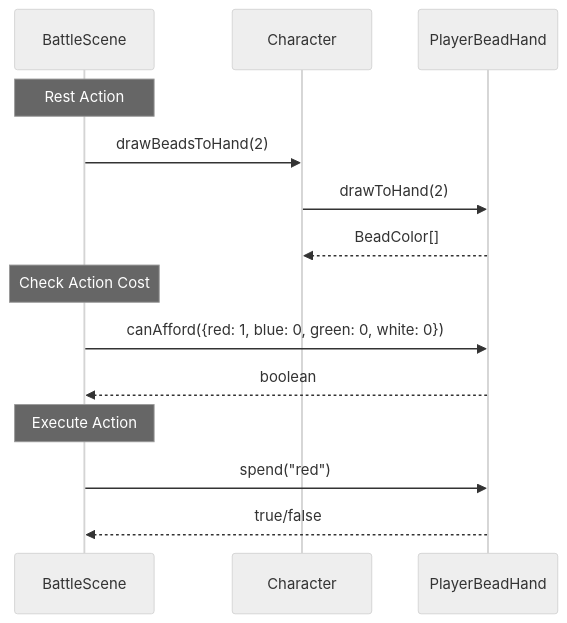
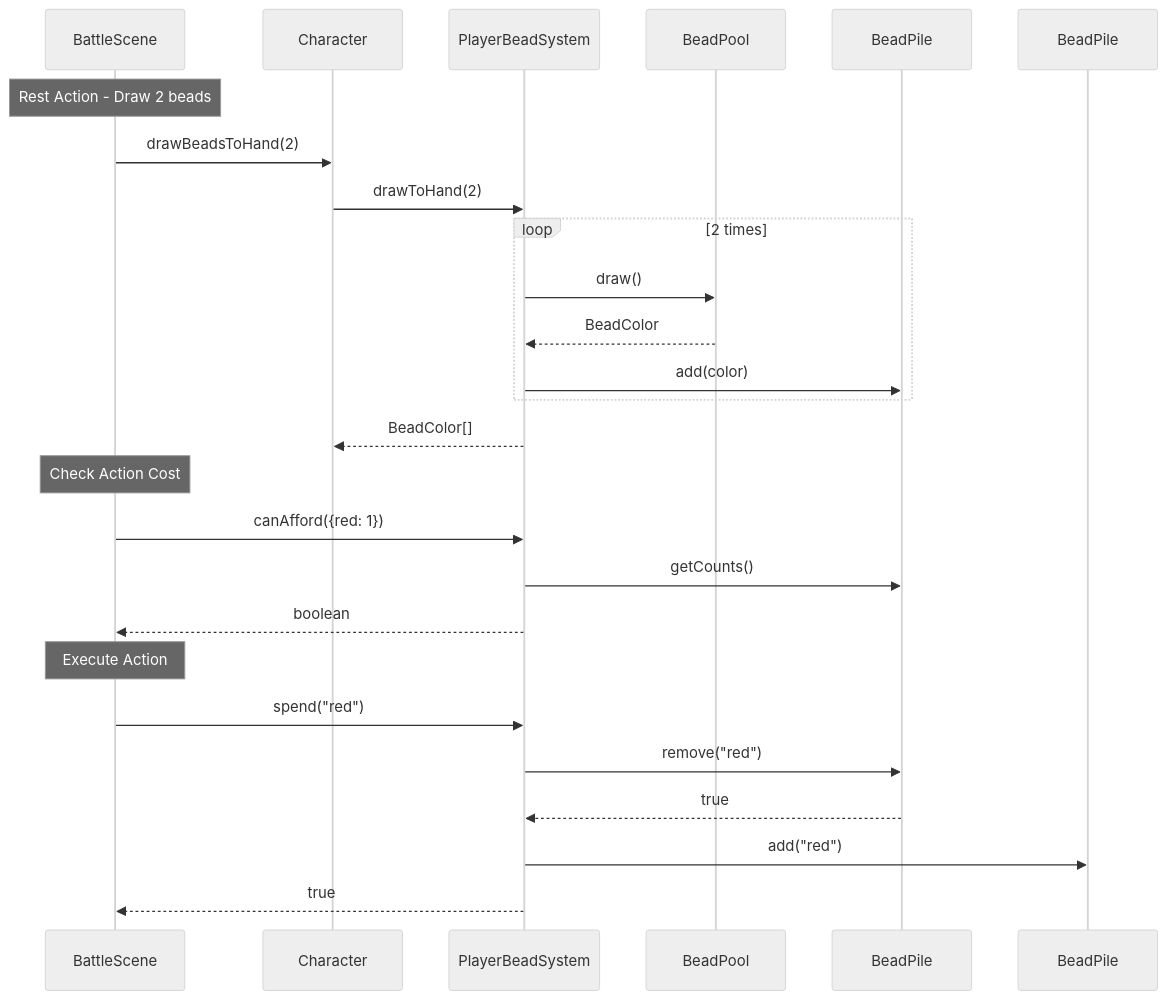
The third of 3 diagrams in docs/architecture/bead-system.md (Dpothier/tabletop-workshop), drawn with Mermaid (neutral theme) before and after one commit. The commit also changed other lines of this file and 1 other file, not shown here.

First line of the commit message:
docs: update bead system documentation for new architecture

````diff
--- a/docs/architecture/bead-system.md
+++ b/docs/architecture/bead-system.md
@@ -137,19 +163,31 @@
 ```mermaid
 sequenceDiagram
     participant Battle as BattleScene
     participant Char as Character
-    participant Hand as PlayerBeadHand
+    participant System as PlayerBeadSystem
+    participant Pool as BeadPool
+    participant Hand as BeadPile
+    participant Discard as BeadPile
 
-    Note over Battle: Rest Action
+    Note over Battle: Rest Action - Draw 2 beads
     Battle->>Char: drawBeadsToHand(2)
-    Char->>Hand: drawToHand(2)
-    Hand-->>Char: BeadColor[]
+    Char->>System: drawToHand(2)
+    loop 2 times
+        System->>Pool: draw()
+        Pool-->>System: BeadColor
+        System->>Hand: add(color)
+    end
+    System-->>Char: BeadColor[]
 
     Note over Battle: Check Action Cost
-    Battle->>Hand: canAfford({red: 1, blue: 0, green: 0, white: 0})
-    Hand-->>Battle: boolean
+    Battle->>System: canAfford({red: 1})
+    System->>Hand: getCounts()
+    System-->>Battle: boolean
 
     Note over Battle: Execute Action
-    Battle->>Hand: spend("red")
-    Hand-->>Battle: true/false
+    Battle->>System: spend("red")
+    System->>Hand: remove("red")
+    Hand-->>System: true
+    System->>Discard: add("red")
+    System-->>Battle: true
 ```
````
